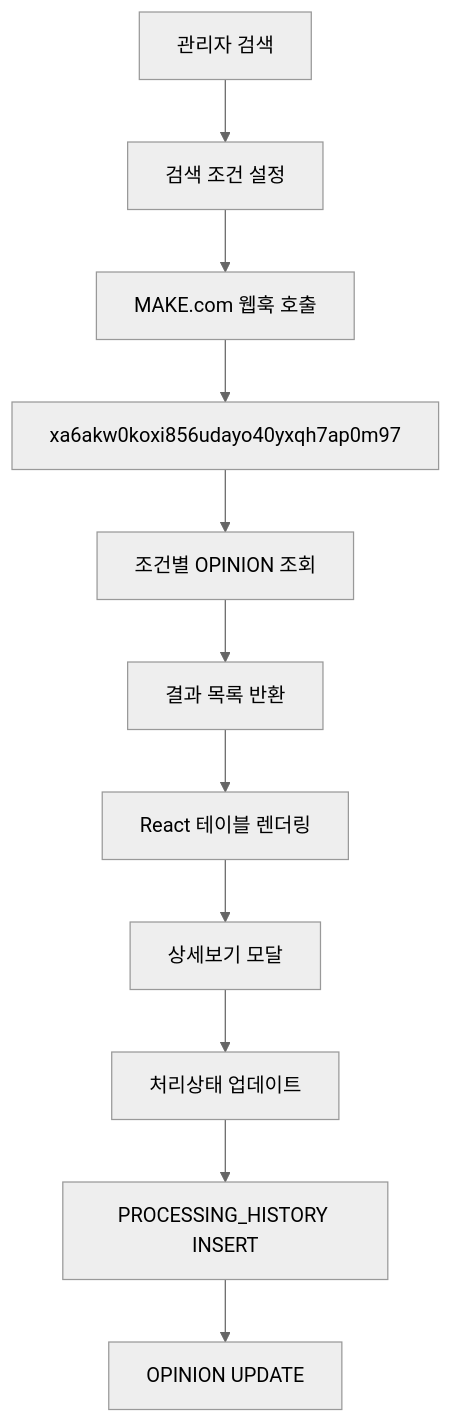
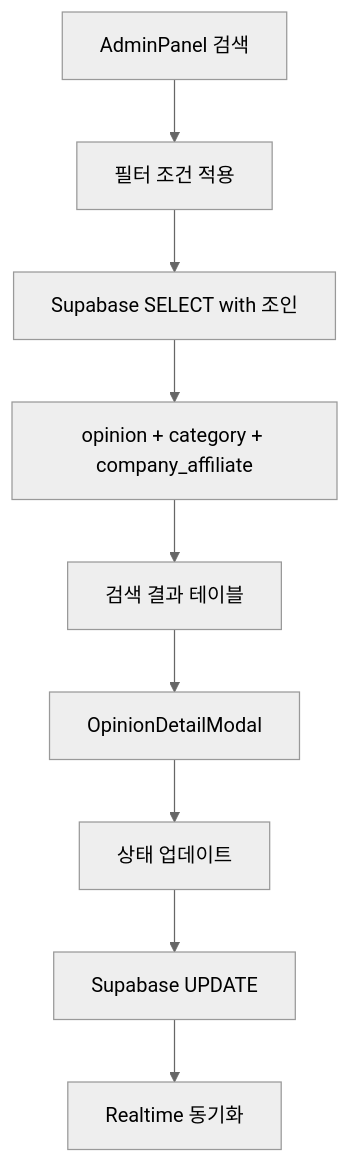
One commit to sodyfam/voice-iinsight-cursor changed the fourth of 4 diagrams in doc/4)ERD.md. Above: the diagram before and after it, drawn with Mermaid (neutral theme). The commit also changed other lines of this file and 12 other files, not shown here.

````diff
--- a/doc/4)ERD.md
+++ b/doc/4)ERD.md
@@ -276,13 +250,11 @@
 ```mermaid
 flowchart TD
-    A[관리자 검색] --> B[검색 조건 설정]
-    B --> C[MAKE.com 웹훅 호출]
-    C --> D[xa6akw0koxi856udayo40yxqh7ap0m97]
-    D --> E[조건별 OPINION 조회]
-    E --> F[결과 목록 반환]
-    F --> G[React 테이블 렌더링]
-    G --> H[상세보기 모달]
-    H --> I[처리상태 업데이트]
-    I --> J[PROCESSING_HISTORY INSERT]
-    J --> K[OPINION UPDATE]
+    A[AdminPanel 검색] --> B[필터 조건 적용]
+    B --> C[Supabase SELECT with 조인]
+    C --> D[opinion + category + company_affiliate]
+    D --> E[검색 결과 테이블]
+    E --> F[OpinionDetailModal]
+    F --> G[상태 업데이트]
+    G --> H[Supabase UPDATE]
+    H --> I[Realtime 동기화]
 ```
````
